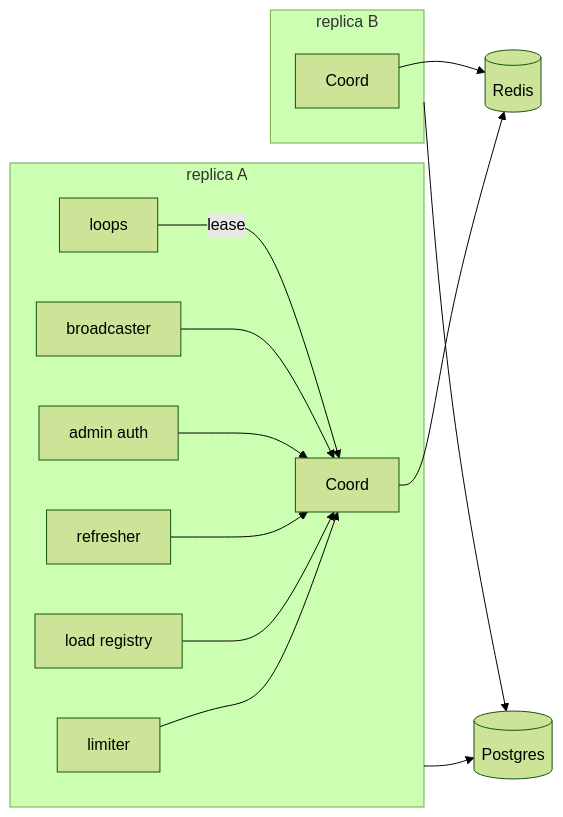
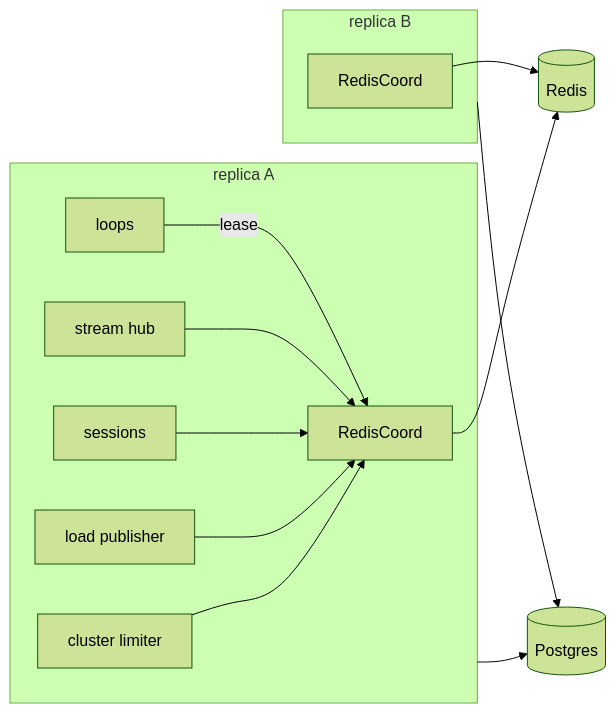
Before and after one commit to harismawan/omnigateway: diagram 12 of 12 in ARCHITECTURE.md, drawn with Mermaid (forest theme). The commit also changed other lines of this file, not shown here.

First line of the commit message:
docs: rewrite ARCHITECTURE.md against the Rust crates

````diff
--- a/ARCHITECTURE.md
+++ b/ARCHITECTURE.md
@@ -890,18 +660,17 @@
 ```mermaid
 flowchart LR
   subgraph replicaA["replica A"]
-    limA[limiter] --> coordA[Coord]
-    loadA[load registry] --> coordA
-    refA[refresher] --> coordA
-    authA[admin auth] --> coordA
-    bcA[broadcaster] --> coordA
+    limA[cluster limiter] --> coordA[RedisCoord]
+    loadA[load publisher] --> coordA
+    authA[sessions] --> coordA
+    hubA[stream hub] --> coordA
     loopsA[loops] -->|lease| coordA
   end
   subgraph replicaB["replica B"]
-    coordB[Coord]
+    coordB[RedisCoord]
   end
   coordA --> redis[(Redis)]
   coordB --> redis
   replicaA --> pg[(Postgres)]
   replicaB --> pg
 ```
````
